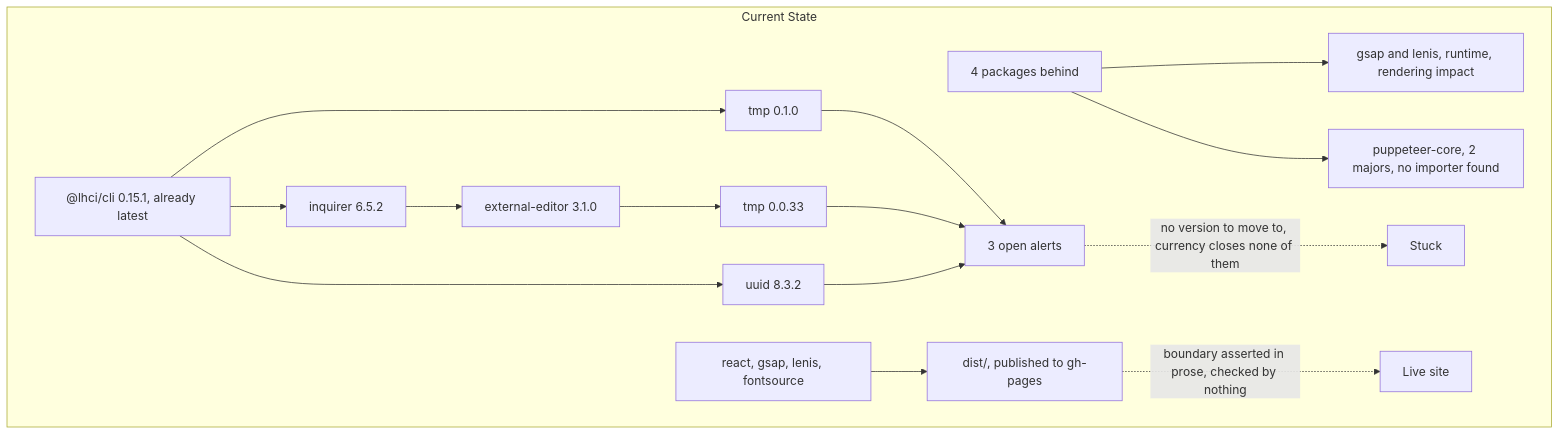
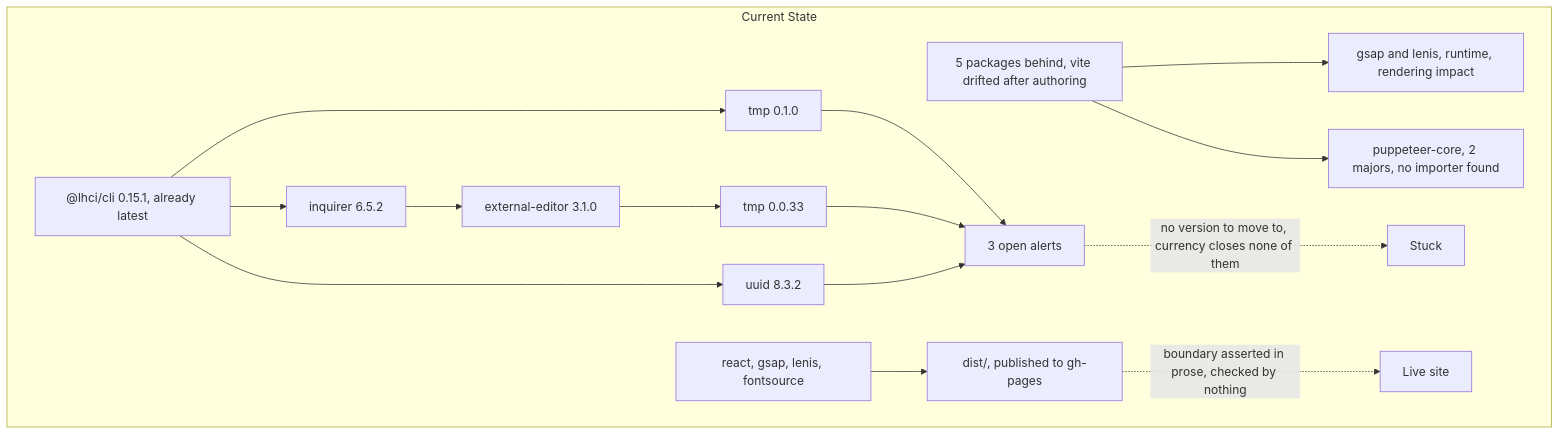
Before and after one commit to desek/outlook-local-mcp: the first of 3 diagrams in docs/cr/CR-0072-site-dependency-currency-and-vulnerability-remediation.md, drawn with Mermaid. The commit also changed other lines of this file, not shown here.

````diff
--- a/docs/cr/CR-0072-site-dependency-currency-and-vulnerability-remediation.md
+++ b/docs/cr/CR-0072-site-dependency-currency-and-vulnerability-remediation.md
@@ -177,19 +196,19 @@
 ```mermaid
 flowchart TD
     subgraph Current["Current State"]
-        OUT["4 packages behind"] --> RT["gsap and lenis, runtime, rendering impact"]
+        OUT["5 packages behind, vite drifted after authoring"] --> RT["gsap and lenis, runtime, rendering impact"]
         OUT --> DEV["puppeteer-core, 2 majors, no importer found"]
         LHCI["@lhci/cli 0.15.1, already latest"]
         LHCI --> TMP1["tmp 0.1.0"]
         LHCI --> UUID["uuid 8.3.2"]
         LHCI --> INQ["inquirer 6.5.2"]
         INQ --> EE["external-editor 3.1.0"]
         EE --> TMP2["tmp 0.0.33"]
         TMP1 --> ALERTS["3 open alerts"]
         TMP2 --> ALERTS
         UUID --> ALERTS
         ALERTS -.->|"no version to move to, currency closes none of them"| STUCK["Stuck"]
         DEPS["react, gsap, lenis, fontsource"] --> DIST["dist/, published to gh-pages"]
         DIST -.->|"boundary asserted in prose, checked by nothing"| SITE["Live site"]
     end
 ```
````
